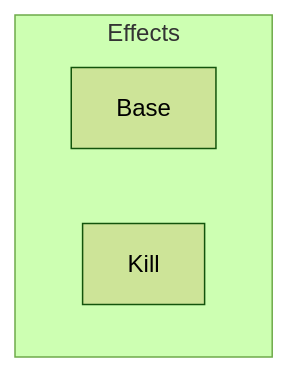
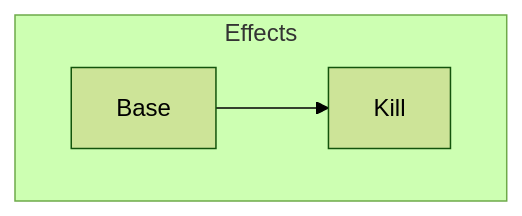
The diagram in effects/README.md (TiarkRompf/reachability), drawn with Mermaid (forest theme) before and after one commit. The commit also changed 111 other files, not shown here.

````diff
--- a/effects/README.md
+++ b/effects/README.md
@@ -10,7 +10,8 @@
 ```mermaid
 graph TD
     subgraph poly[Effects]
       Base
-	  Kill
+	    Kill
     end
+    Base-->Kill
 ```
````
